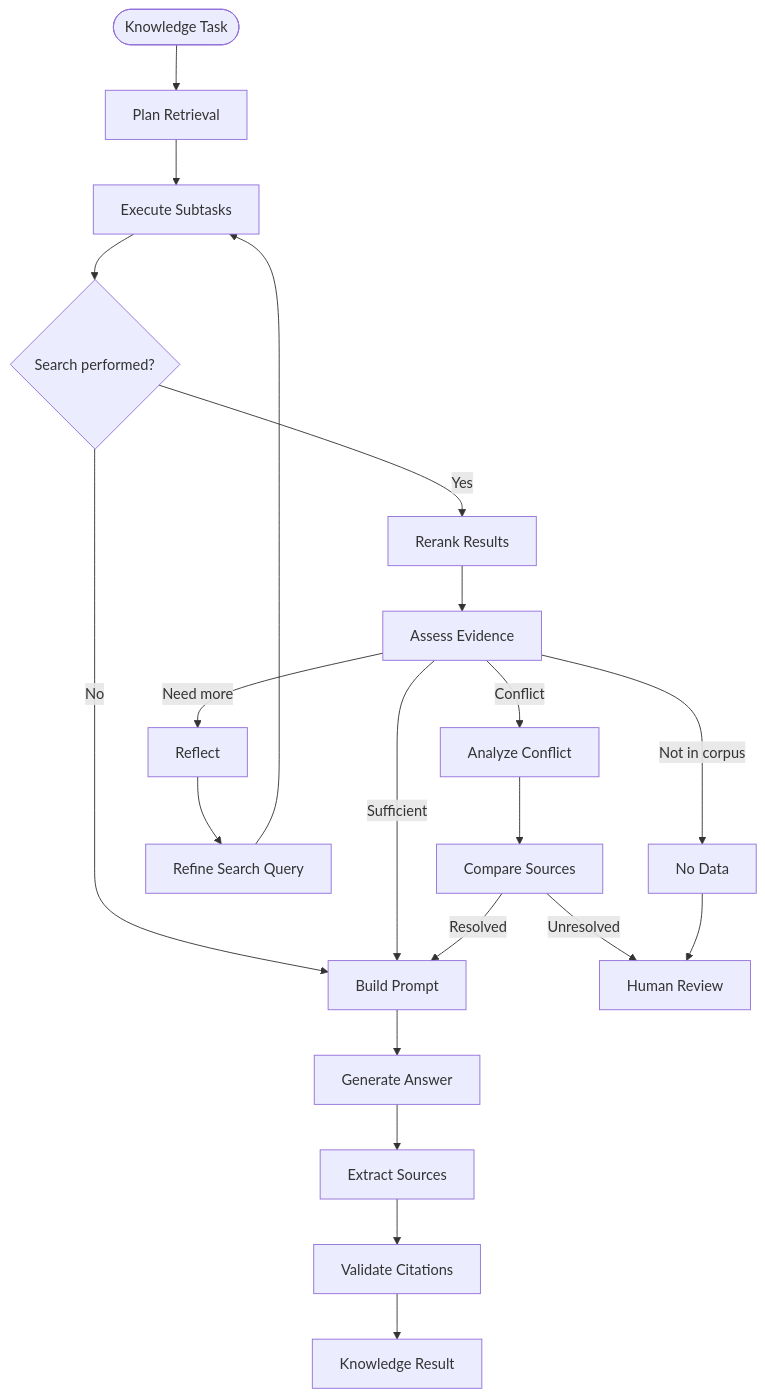
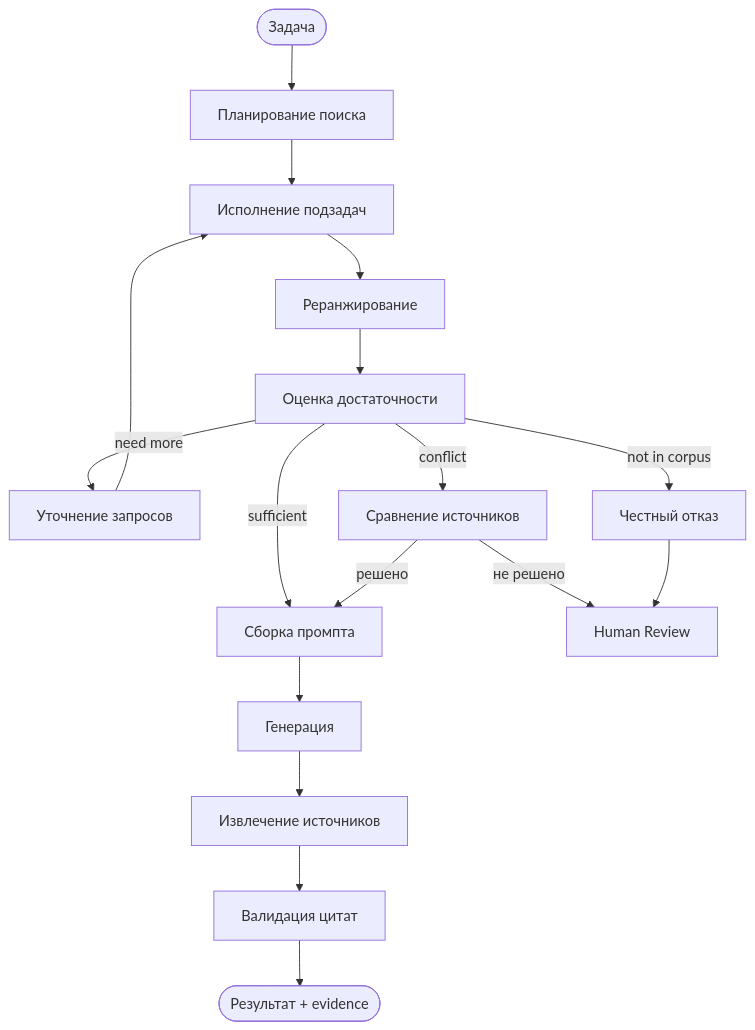
The third of 4 diagrams in engineering_assistant_architecture.md (VladislavKiseliov/RAG), drawn with Mermaid before and after one commit. The commit also changed other lines of this file and 1 other file, not shown here.

First line of the commit message:
docs: restore engineering_assistant_architecture.md under its original name

````diff
--- a/engineering_assistant_architecture.md
+++ b/engineering_assistant_architecture.md
@@ -512,36 +225,22 @@
 ```mermaid
 flowchart TD
-    START([Knowledge Task])
+    START([Задача]) --> PLAN[Планирование поиска]
+    PLAN --> EXEC[Исполнение подзадач]
+    EXEC --> RERANK[Реранжирование]
+    RERANK --> ASSESS[Оценка достаточности]
 
-    START --> PLAN[Plan Retrieval]
+    ASSESS -->|sufficient| BUILD[Сборка промпта]
+    ASSESS -->|need more| REFINE[Уточнение запросов]
+    ASSESS -->|conflict| CMP[Сравнение источников]
+    ASSESS -->|not in corpus| NODATA[Честный отказ]
 
-    PLAN --> EXEC[Execute Subtasks]
-
-    EXEC --> HASSEARCH{Search performed?}
-
-    HASSEARCH -->|No| BUILD[Build Prompt]
-    HASSEARCH -->|Yes| RERANK[Rerank Results]
-
-    RERANK --> ASSESS[Assess Evidence]
-
-    ASSESS -->|Sufficient| BUILD
-    ASSESS -->|Need more| REFLECT[Reflect]
-
-    ASSESS -->|Conflict| CONFLICT[Analyze Conflict]
-    ASSESS -->|Not in corpus| NODATA[No Data]
-
-    REFLECT --> QUERYFIX[Refine Search Query]
-    QUERYFIX --> EXEC
-
-    CONFLICT --> COMPARE[Compare Sources]
-    COMPARE -->|Resolved| BUILD
-    COMPARE -->|Unresolved| HUMAN[Human Review]
-
+    REFINE --> EXEC
+    CMP -->|решено| BUILD
+    CMP -->|не решено| HUMAN[Human Review]
     NODATA --> HUMAN
 
-    BUILD --> GEN[Generate Answer]
-    GEN --> SOURCES[Extract Sources]
-    SOURCES --> VALIDATE[Validate Citations]
-
-    VALIDATE --> RESULT[Knowledge Result]
+    BUILD --> GEN[Генерация]
+    GEN --> SRC[Извлечение источников]
+    SRC --> VAL[Валидация цитат]
+    VAL --> RESULT([Результат + evidence])
 ```
````
